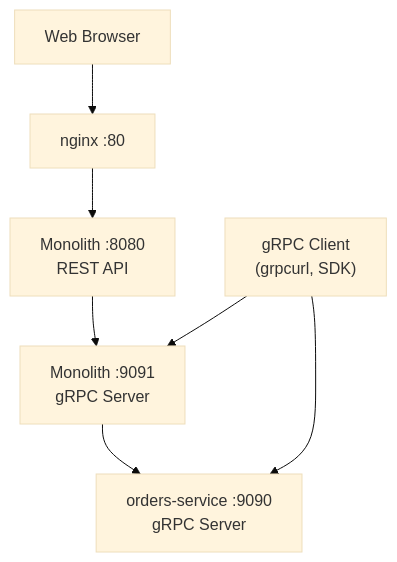
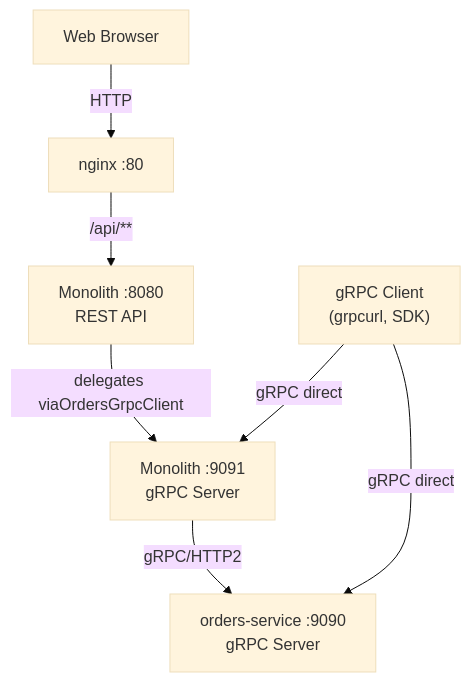
Before and after one commit to philipz/spring-modular-monolith: the eighth of 8 diagrams in docs/deepwiki/gRPC-Server-Configuration.md, drawn with Mermaid (base theme). The commit also changed other lines of this file and 55 other files, not shown here.

````diff
--- a/docs/deepwiki/gRPC-Server-Configuration.md
+++ b/docs/deepwiki/gRPC-Server-Configuration.md
@@ -364,17 +364,17 @@
 ```mermaid
 flowchart TD
 
 Browser["Web Browser"]
 GrpcClient["gRPC Client<br>(grpcurl, SDK)"]
 Nginx["nginx :80"]
 MonolithHTTP["Monolith :8080<br>REST API"]
 MonolithGRPC["Monolith :9091<br>gRPC Server"]
 OrdersService["orders-service :9090<br>gRPC Server"]
 
-Browser --> Nginx
-Nginx --> MonolithHTTP
-MonolithHTTP --> MonolithGRPC
-MonolithGRPC --> OrdersService
-GrpcClient --> MonolithGRPC
-GrpcClient --> OrdersService
+Browser -->|"HTTP"| Nginx
+Nginx -->|"/api/**"| MonolithHTTP
+MonolithHTTP -->|"delegates viaOrdersGrpcClient"| MonolithGRPC
+MonolithGRPC -->|"gRPC/HTTP2"| OrdersService
+GrpcClient -->|"gRPC direct"| MonolithGRPC
+GrpcClient -->|"gRPC direct"| OrdersService
 ```
````
